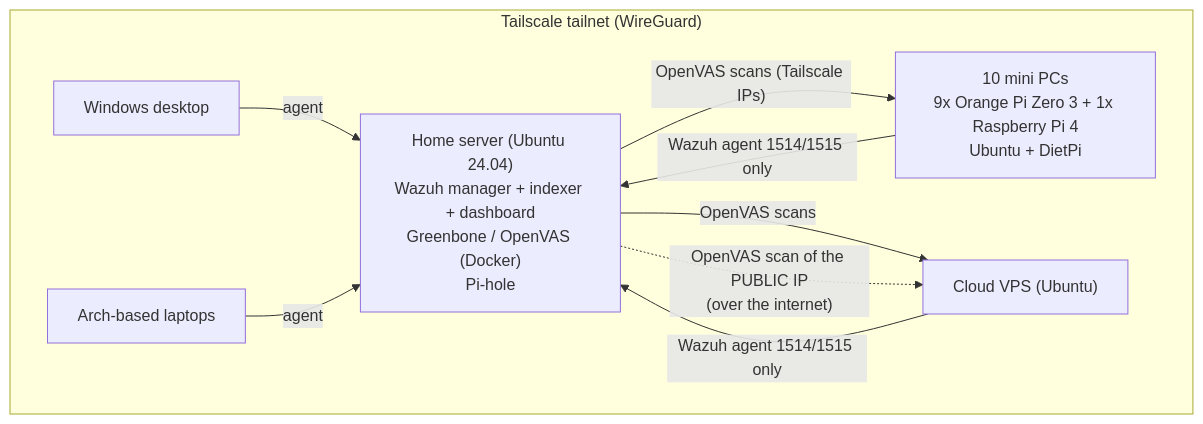
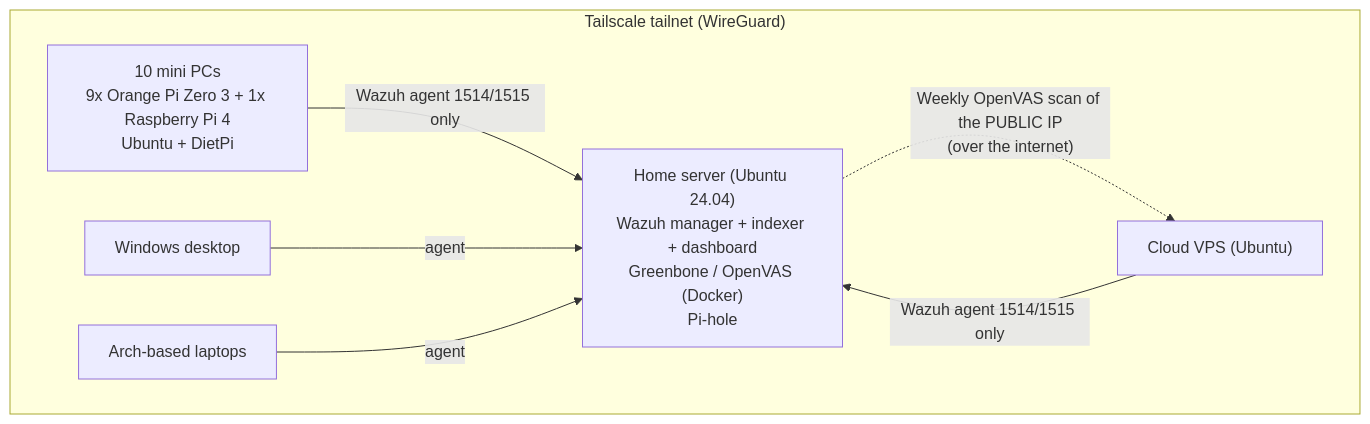
Before and after one commit to Yel1oww/homelab-soc: the diagram in README.md, drawn with Mermaid. The commit also changed other lines of this file, not shown here.

First line of the commit message:
Clarify OpenVAS scan details in README

````diff
--- a/README.md
+++ b/README.md
@@ -14,18 +14,16 @@
 ```mermaid
 flowchart LR
     subgraph Tailnet["Tailscale tailnet (WireGuard)"]
         direction LR
         X["Home server (Ubuntu 24.04)<br/>Wazuh manager + indexer + dashboard<br/>Greenbone / OpenVAS (Docker)<br/>Pi-hole"]
         M["10 mini PCs<br/>9x Orange Pi Zero 3 + 1x Raspberry Pi 4<br/>Ubuntu + DietPi"]
         V["Cloud VPS (Ubuntu)"]
         W["Windows desktop"]
         L["Arch-based laptops"]
     end
     M -- "Wazuh agent 1514/1515 only" --> X
     V -- "Wazuh agent 1514/1515 only" --> X
     W -- agent --> X
     L -- agent --> X
-    X -- "OpenVAS scans (Tailscale IPs)" --> M
-    X -- "OpenVAS scans" --> V
-    X -. "OpenVAS scan of the PUBLIC IP<br/>(over the internet)" .-> V
+    X -. "Weekly OpenVAS scan of the PUBLIC IP<br/>(over the internet)" .-> V
 ```
````
